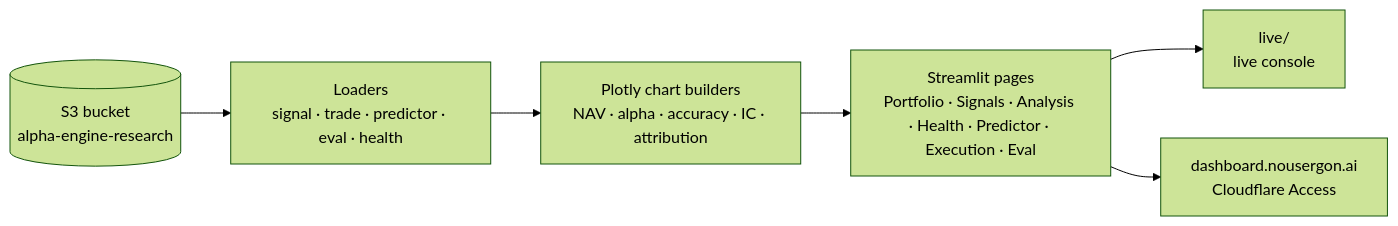
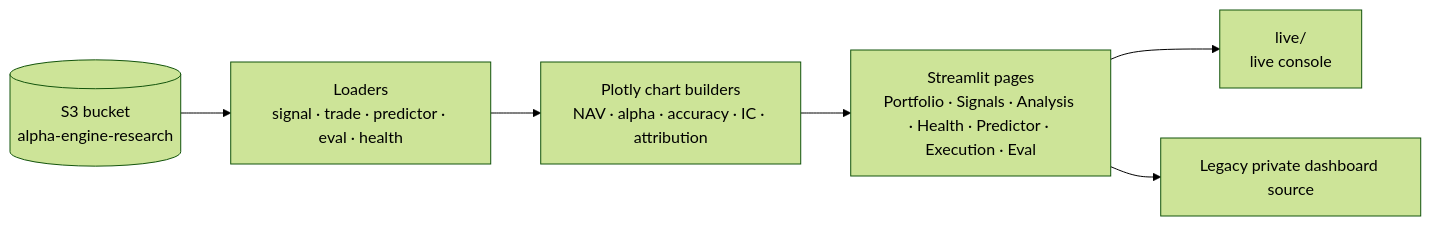
One commit to nousergon/crucible-dashboard changed the diagram in README.md. Above: the diagram before and after it, drawn with Mermaid (forest theme). The commit also changed other lines of this file and 27 other files, not shown here.

First line of the commit message:
Retire the legacy Streamlit dashboard and verify paused workloads (#1016)

````diff
--- a/README.md
+++ b/README.md
@@ -32,8 +32,8 @@
 ```mermaid
 flowchart LR
     S3[(S3 bucket<br/>alpha-engine-research)] --> Loaders[Loaders<br/>signal · trade · predictor · eval · health]
     Loaders --> Charts[Plotly chart builders<br/>NAV · alpha · accuracy · IC · attribution]
     Charts --> Pages[Streamlit pages<br/>Portfolio · Signals · Analysis · Health · Predictor · Execution · Eval]
     Pages --> Live[live/<br/>live console]
-    Pages --> Private[dashboard.nousergon.ai<br/>Cloudflare Access]
+    Pages --> Reference[Legacy private dashboard source]
 ```
````
